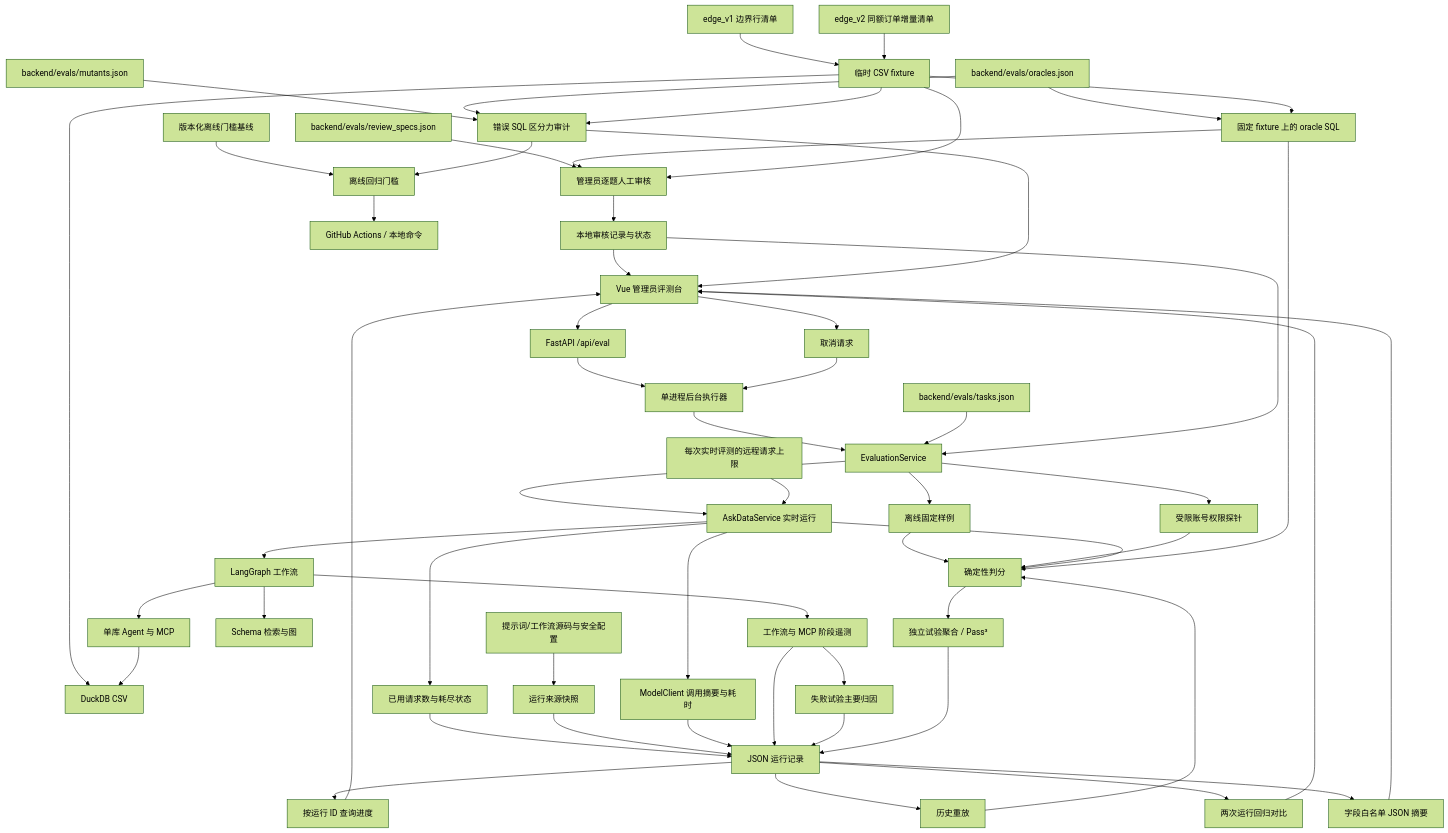
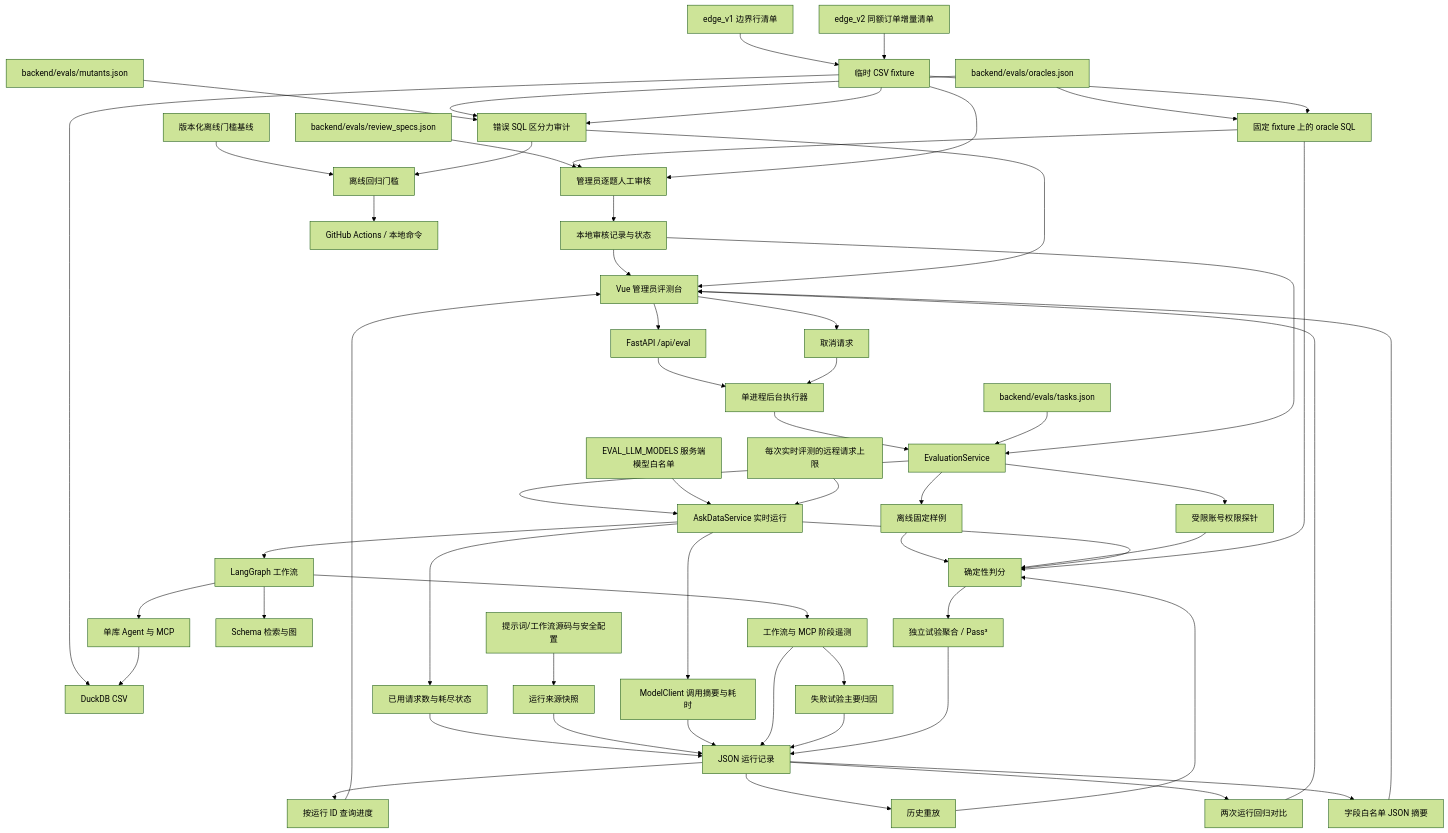
One commit to judai777/askdata_studio changed the first of 4 diagrams in docs/evaluation-architecture.md. Above: the diagram before and after it, drawn with Mermaid (forest theme). The commit also changed other lines of this file and 10 other files, not shown here.

````diff
--- a/docs/evaluation-architecture.md
+++ b/docs/evaluation-architecture.md
@@ -5,59 +5,60 @@
 ```mermaid
 flowchart TB
     UI[Vue 管理员评测台] --> API[FastAPI /api/eval]
     API --> Queue[单进程后台执行器]
     Queue --> Runner[EvaluationService]
     UI --> Cancel[取消请求]
     Cancel --> Queue
     Tasks[backend/evals/tasks.json] --> Runner
     ReviewSpecs[backend/evals/review_specs.json] --> Review[管理员逐题人工审核]
     Oracle --> Review
     Fixture --> Review
     Review --> ReviewStore[本地审核记录与状态]
     ReviewStore --> UI
     ReviewStore --> Runner
     Oracles[backend/evals/oracles.json] --> Oracle
     Mutants[backend/evals/mutants.json] --> Audit[错误 SQL 区分力审计]
     Oracles --> Audit
     Fixture --> Audit
     Audit --> UI
     Overlay[edge_v1 边界行清单] --> Fixture[临时 CSV fixture]
     Overlay2[edge_v2 同额订单增量清单] --> Fixture
     Fixture --> DB
     Fixture --> Oracle
     Runner --> Demo[离线固定样例]
     Runner --> Probe[受限账号权限探针]
     Runner --> Live[AskDataService 实时运行]
+    Models[EVAL_LLM_MODELS 服务端模型白名单] --> Live
     Live --> Telemetry[ModelClient 调用摘要与耗时]
     Budget[每次实时评测的远程请求上限] --> Live
     Live --> BudgetRecord[已用请求数与耗尽状态]
     BudgetRecord --> Runs
     Graph --> StageTelemetry[工作流与 MCP 阶段遥测]
     Sources[提示词/工作流源码与安全配置] --> Provenance[运行来源快照]
     Provenance --> Runs
     Live --> Graph[LangGraph 工作流]
     Graph --> Retrieval[Schema 检索与图]
     Graph --> Agent[单库 Agent 与 MCP]
     Agent --> DB[DuckDB CSV]
     Demo --> Grader[确定性判分]
     Probe --> Grader
     Live --> Grader
     Telemetry --> Runs
     StageTelemetry --> Attribution[失败试验主要归因]
     StageTelemetry --> Runs
     Attribution --> Runs
     Oracle[固定 fixture 上的 oracle SQL] --> Grader
     Grader --> Trials[独立试验聚合 / Pass³]
     Trials --> Runs[JSON 运行记录]
     Runs --> Poll[按运行 ID 查询进度]
     Poll --> UI
     Runs --> Replay[历史重放]
     Replay --> Grader
     Runs --> Compare[两次运行回归对比]
     Compare --> UI
     Runs --> Export[字段白名单 JSON 摘要]
     Export --> UI
     Baseline[版本化离线门槛基线] --> Gate[离线回归门槛]
     Audit --> Gate
     Gate --> CI[GitHub Actions / 本地命令]
 ```
````
